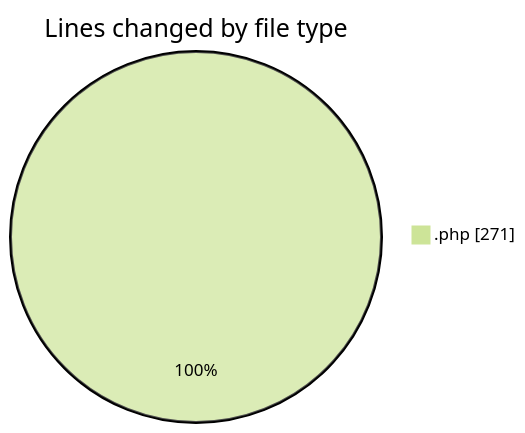
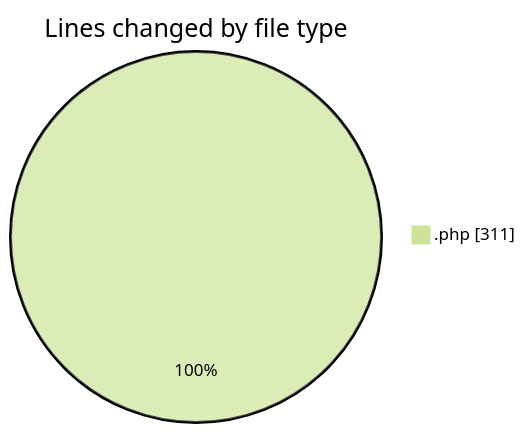
The first of 2 diagrams in 2026-08-31/web/README.md (LanceThiago/code-tracking), drawn with Mermaid (forest theme) before and after one commit. The commit also changed other lines of this file and 1 other file, not shown here.

````diff
--- a/2026-08-31/web/README.md
+++ b/2026-08-31/web/README.md
@@ -23,5 +24,5 @@
 ```mermaid
 pie showData
 title Lines changed by file type
-".php" : 271
+".php" : 311
 ```
````
